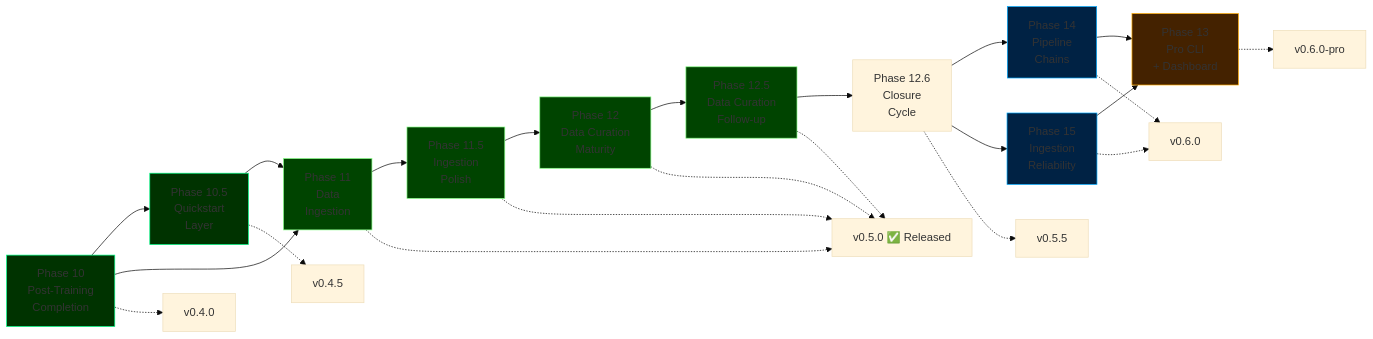
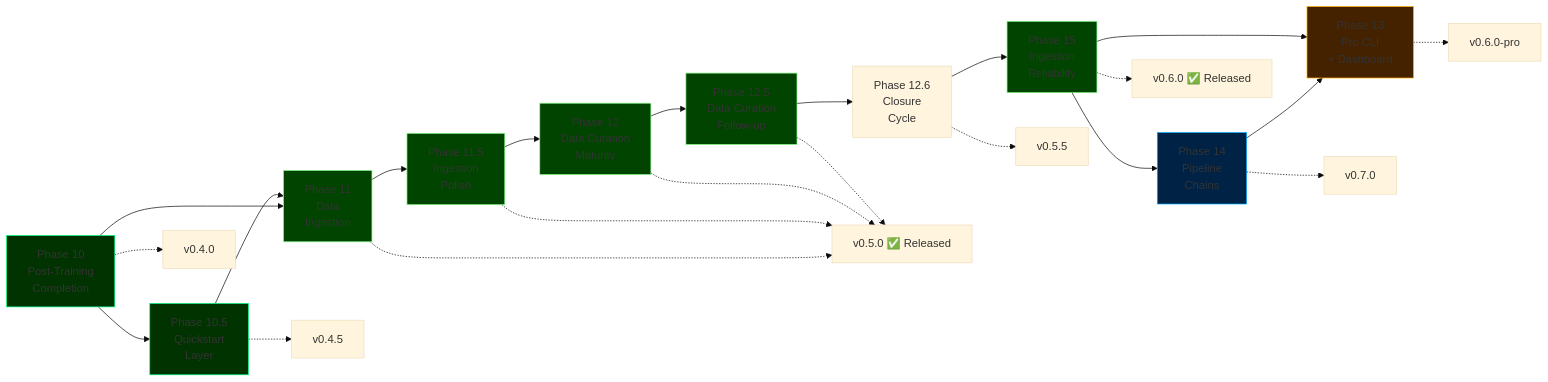
One commit to cemililik/ForgeLM changed the diagram in docs/roadmap.md. Above: the diagram before and after it, drawn with Mermaid (base theme). The commit also changed other lines of this file and 5 other files, not shown here.

````diff
--- a/docs/roadmap.md
+++ b/docs/roadmap.md
@@ -45,35 +45,35 @@
 ```mermaid
 graph LR
     P10[Phase 10<br/>Post-Training<br/>Completion] --> P105[Phase 10.5<br/>Quickstart<br/>Layer]
     P10 --> P11[Phase 11<br/>Data<br/>Ingestion]
     P105 --> P11
     P11 --> P115[Phase 11.5<br/>Ingestion<br/>Polish]
     P115 --> P12[Phase 12<br/>Data Curation<br/>Maturity]
     P12 --> P125[Phase 12.5<br/>Data Curation<br/>Follow-up]
     P125 --> P126[Phase 12.6<br/>Closure<br/>Cycle]
-    P126 --> P14[Phase 14<br/>Pipeline<br/>Chains]
     P126 --> P15[Phase 15<br/>Ingestion<br/>Reliability]
+    P15 --> P14[Phase 14<br/>Pipeline<br/>Chains]
     P14 --> P13[Phase 13<br/>Pro CLI<br/>+ Dashboard]
     P15 --> P13
 
     P10 -.-> V1[v0.4.0]
     P105 -.-> V15[v0.4.5]
     P11 -.-> V2[v0.5.0 ✅ Released]
     P115 -.-> V2
     P12 -.-> V2
     P125 -.-> V2
     P126 -.-> V25[v0.5.5]
-    P14 -.-> V23[v0.6.0]
-    P15 -.-> V23
+    P15 -.-> V23[v0.6.0 ✅ Released]
+    P14 -.-> V27[v0.7.0]
     P13 -.-> V3[v0.6.0-pro]
 
     style P10 fill:#003300,stroke:#00ff88
     style P105 fill:#003300,stroke:#00ff88
     style P11 fill:#004400,stroke:#88ff88
     style P115 fill:#004400,stroke:#88ff88
     style P12 fill:#004400,stroke:#88ff88
     style P125 fill:#004400,stroke:#88ff88
+    style P15 fill:#004400,stroke:#88ff88
     style P14 fill:#002244,stroke:#00aaff
-    style P15 fill:#002244,stroke:#00aaff
     style P13 fill:#442200,stroke:#ffaa00
 ```
````
